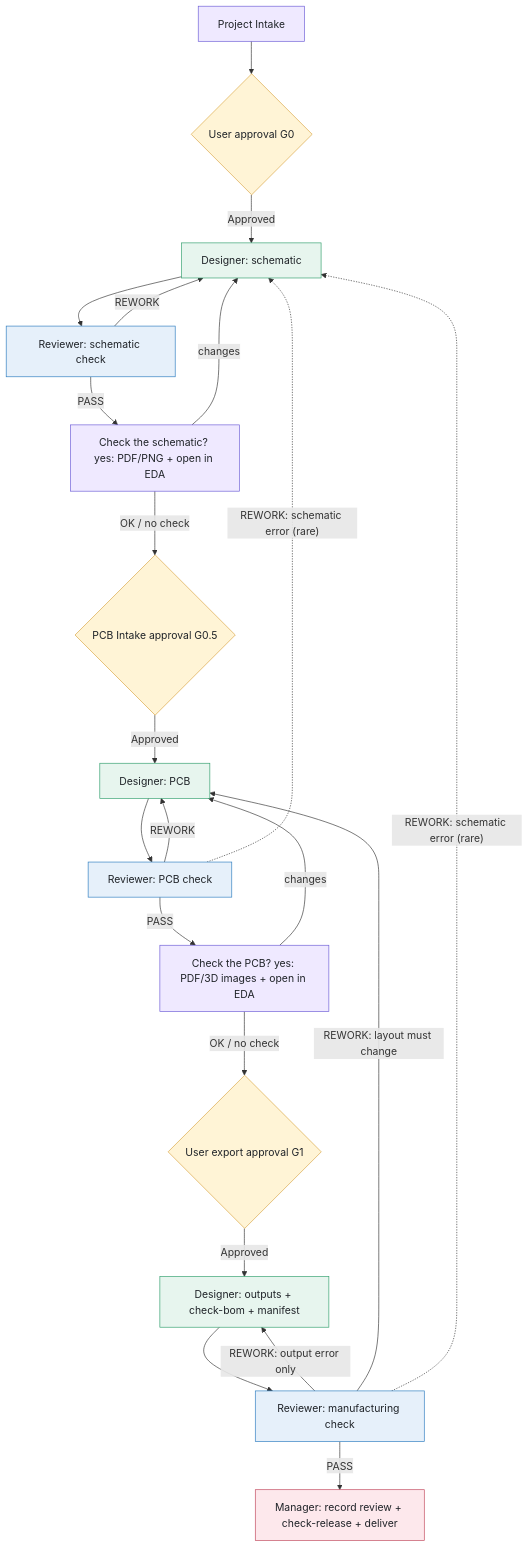
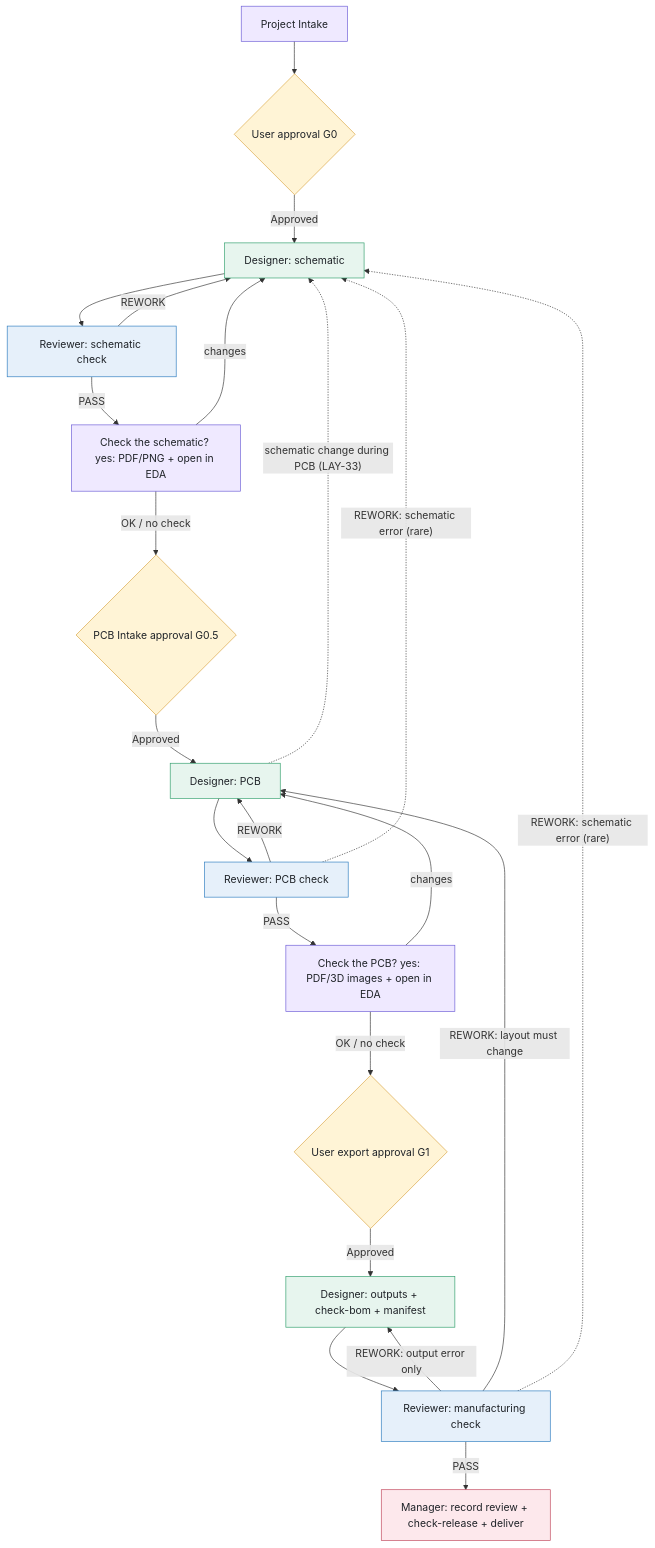
One commit to d0ukan/ai-hw-designer changed the fourth of 4 diagrams in README.md. Above: the diagram before and after it, drawn with Mermaid. The commit also changed other lines of this file and 8 other files, not shown here.

Commit message:
v1.31: PCB prep during schematic (SCH-16), PCB notes (SCH-17), schematic change during layout loop (LAY-33), DES-16, REV-19

````diff
--- a/README.md
+++ b/README.md
@@ -179,33 +180,34 @@
 ```mermaid
 flowchart TD
     I["Project Intake"] --> A{"User approval G0"}
     A -->|"Approved"| D["Designer: schematic"]
     D --> S["Reviewer: schematic check"]
     S -->|"REWORK"| D
     S -->|"PASS"| US["Check the schematic? yes: PDF/PNG + open in EDA"]
     US -->|"changes"| D
     US -->|"OK / no check"| B{"PCB Intake approval G0.5"}
     B -->|"Approved"| P["Designer: PCB"]
     P --> R["Reviewer: PCB check"]
     R -->|"REWORK"| P
     R -->|"PASS"| UP["Check the PCB? yes: PDF/3D images + open in EDA"]
     UP -->|"changes"| P
     UP -->|"OK / no check"| G{"User export approval G1"}
     G -->|"Approved"| E["Designer: outputs + check-bom + manifest"]
     E --> V["Reviewer: manufacturing check"]
     V -->|"REWORK: output error only"| E
     V -->|"REWORK: layout must change"| P
+    P -.->|"schematic change during PCB (LAY-33)"| D
     R -.->|"REWORK: schematic error (rare)"| D
     V -.->|"REWORK: schematic error (rare)"| D
     V -->|"PASS"| H["Manager: record review + check-release + deliver"]
     classDef gate fill:#fff4d6,stroke:#d9a441,color:#1f2328
     classDef des fill:#e7f5ee,stroke:#2f9e6b,color:#1f2328
     classDef rev fill:#e6f0fa,stroke:#2b7bbf,color:#1f2328
     classDef user fill:#efe9ff,stroke:#6b5bd6,color:#1f2328
     classDef done fill:#fde8ec,stroke:#c0455a,color:#1f2328
     class A,B,G gate
     class D,P,E des
     class S,R,V rev
     class I,US,UP user
     class H done
 ```
````
